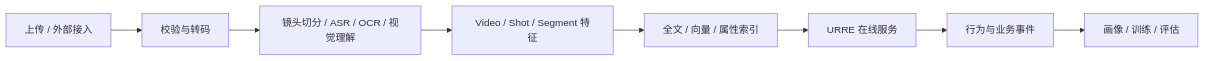
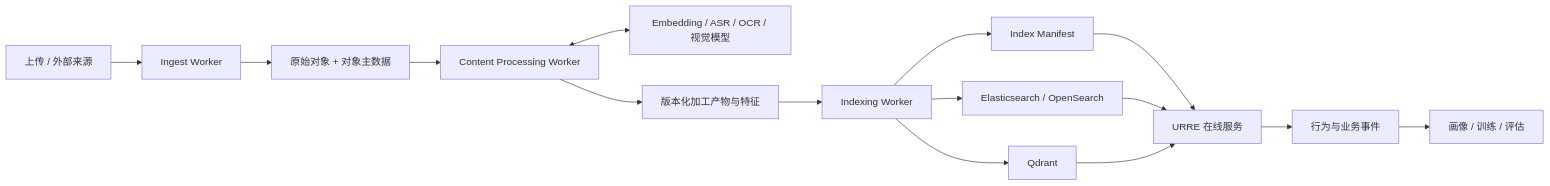
The diagram in implementation/02_技术选型与服务部署.md (human-cosmos/search-rec-docs), drawn with Mermaid before and after one commit. The commit also changed other lines of this file and 5 other files, not shown here.

````diff
--- a/implementation/02_技术选型与服务部署.md
+++ b/implementation/02_技术选型与服务部署.md
@@ -220,10 +230,17 @@
 ```mermaid
 flowchart LR
-  SOURCE[上传 / 外部接入] --> VALIDATE[校验与转码]
-  VALIDATE --> UNDERSTAND[镜头切分 / ASR / OCR / 视觉理解]
-  UNDERSTAND --> FEATURE[Video / Shot / Segment 特征]
-  FEATURE --> INDEX[全文 / 向量 / 属性索引]
-  INDEX --> URRE[URRE 在线服务]
+  SOURCE[上传 / 外部来源] --> INGEST[Ingest Worker]
+  INGEST --> RAW[原始对象 + 对象主数据]
+  RAW --> PROCESS[Content Processing Worker]
+  PROCESS <--> MODEL[Embedding / ASR / OCR / 视觉模型]
+  PROCESS --> FEATURE[版本化加工产物与特征]
+  FEATURE --> INDEXER[Indexing Worker]
+  INDEXER --> ES[Elasticsearch / OpenSearch]
+  INDEXER --> QDRANT[Qdrant]
+  INDEXER --> MANIFEST[Index Manifest]
+  MANIFEST --> URRE[URRE 在线服务]
+  ES --> URRE
+  QDRANT --> URRE
   URRE --> EVENT[行为与业务事件]
   EVENT --> PROFILE[画像 / 训练 / 评估]
 ```
````
